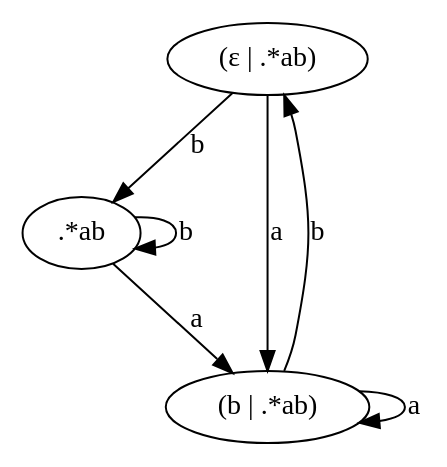
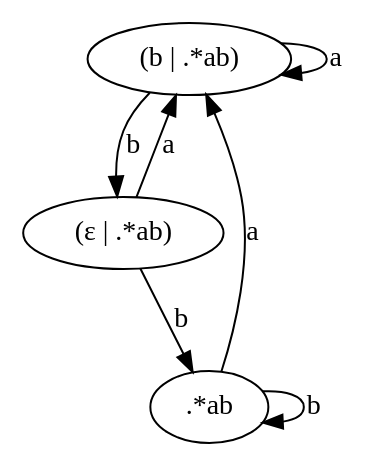
One commit to eniac/Reef changed the diagram in graphs/dfa.dot. Above: the diagram before and after it, drawn with Graphviz. The commit also changed other lines of this file and 1 other file, not shown here.

```diff
--- a/graphs/dfa.dot
+++ b/graphs/dfa.dot
@@ -1,11 +1,11 @@
 digraph example {
+    N1[label="(b | .*ab)"];
     N2[label="(ε | .*ab)"];
     N0[label=".*ab"];
-    N1[label="(b | .*ab)"];
+    N0 -> N1[label="a"];
     N2 -> N0[label="b"];
+    N2 -> N1[label="a"];
     N1 -> N1[label="a"];
     N0 -> N0[label="b"];
-    N0 -> N1[label="a"];
-    N2 -> N1[label="a"];
     N1 -> N2[label="b"];
 }
```
